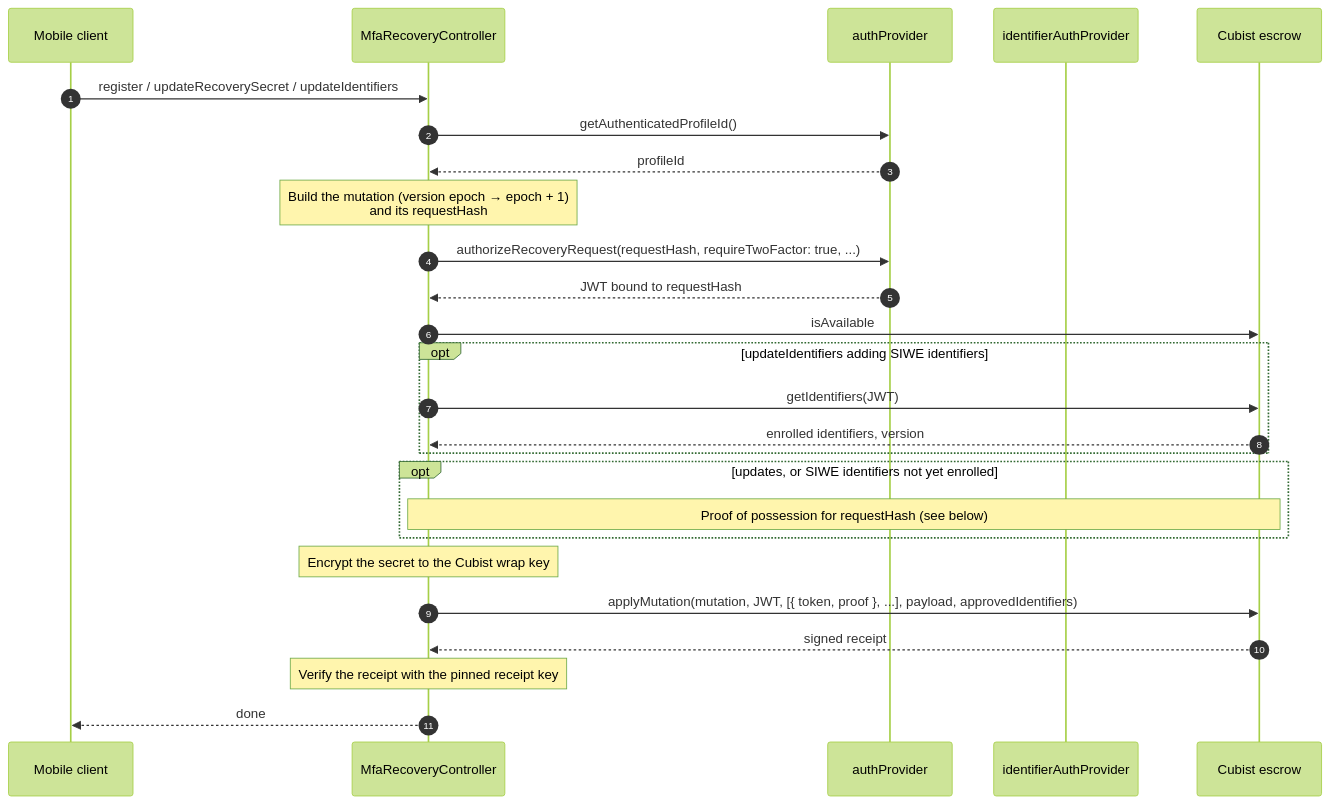
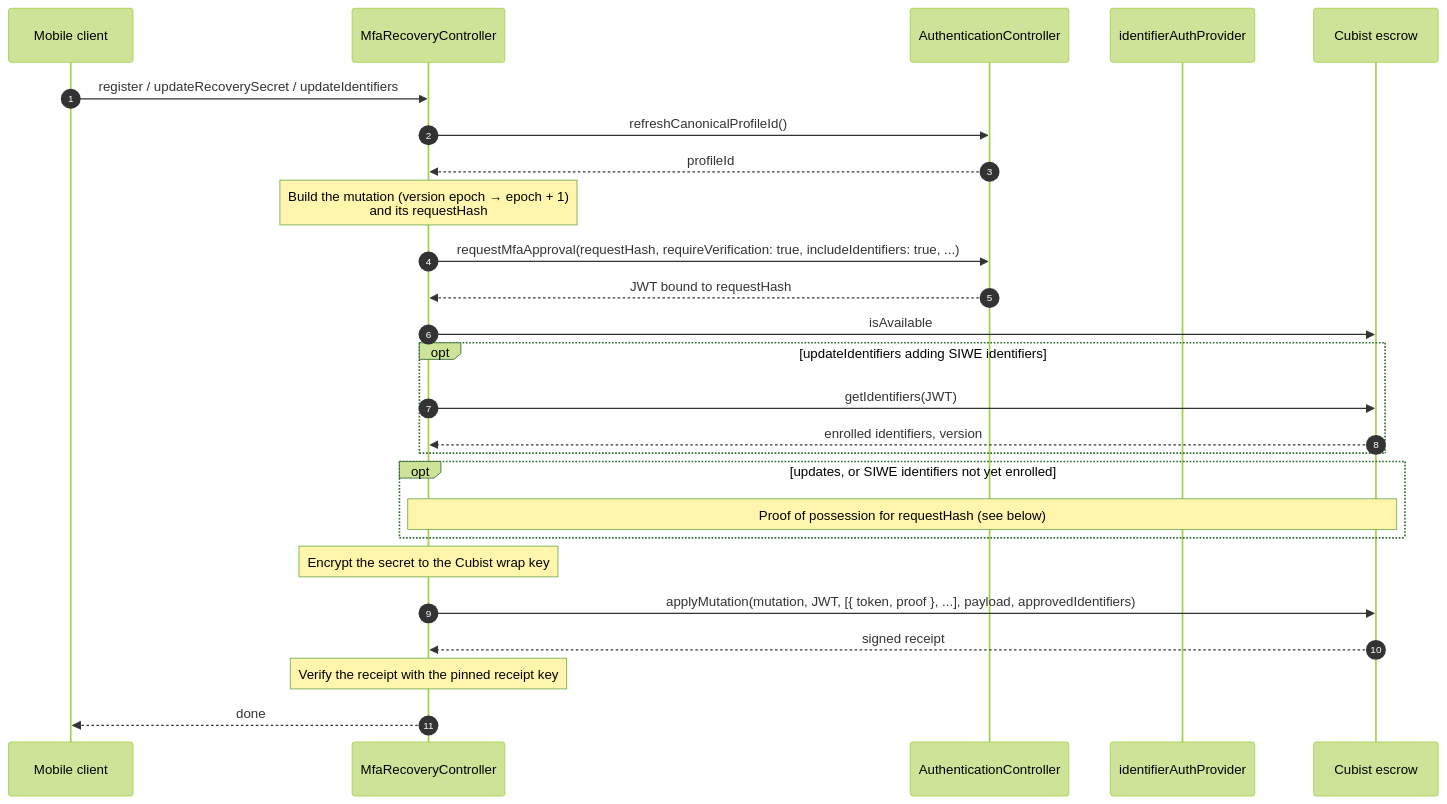
Before and after one commit to MetaMask/core: the second of 3 diagrams in packages/mfa-recovery-controller/CUBIST_TEST_SEQUENCE.md, drawn with Mermaid (forest theme). The commit also changed other lines of this file and 17 other files, not shown here.

First line of the commit message:
feat(mfa-recovery-controller): integrate AuthenticationController for MFA approvals

````diff
--- a/packages/mfa-recovery-controller/CUBIST_TEST_SEQUENCE.md
+++ b/packages/mfa-recovery-controller/CUBIST_TEST_SEQUENCE.md
@@ -57,31 +54,31 @@
 ```mermaid
 sequenceDiagram
   autonumber
   participant Mobile as Mobile client
   participant C as MfaRecoveryController
-  participant Auth as authProvider
+  participant Auth as AuthenticationController
   participant Id as identifierAuthProvider
   participant Cubist as Cubist escrow
 
   Mobile->>C: register / updateRecoverySecret / updateIdentifiers
-  C->>Auth: getAuthenticatedProfileId()
+  C->>Auth: refreshCanonicalProfileId()
   Auth-->>C: profileId
   Note over C: Build the mutation (version epoch → epoch + 1)<br/>and its requestHash
-  C->>Auth: authorizeRecoveryRequest(requestHash, requireTwoFactor: true, ...)
+  C->>Auth: requestMfaApproval(requestHash, requireVerification: true, includeIdentifiers: true, ...)
   Auth-->>C: JWT bound to requestHash
   C->>Cubist: isAvailable
 
   opt updateIdentifiers adding SIWE identifiers
     C->>Cubist: getIdentifiers(JWT)
     Cubist-->>C: enrolled identifiers, version
   end
   opt updates, or SIWE identifiers not yet enrolled
     Note over C,Cubist: Proof of possession for requestHash (see below)
   end
 
   Note over C: Encrypt the secret to the Cubist wrap key
   C->>Cubist: applyMutation(mutation, JWT, [{ token, proof }, ...], payload, approvedIdentifiers)
   Cubist-->>C: signed receipt
   Note over C: Verify the receipt with the pinned receipt key
   C-->>Mobile: done
 ```
````
